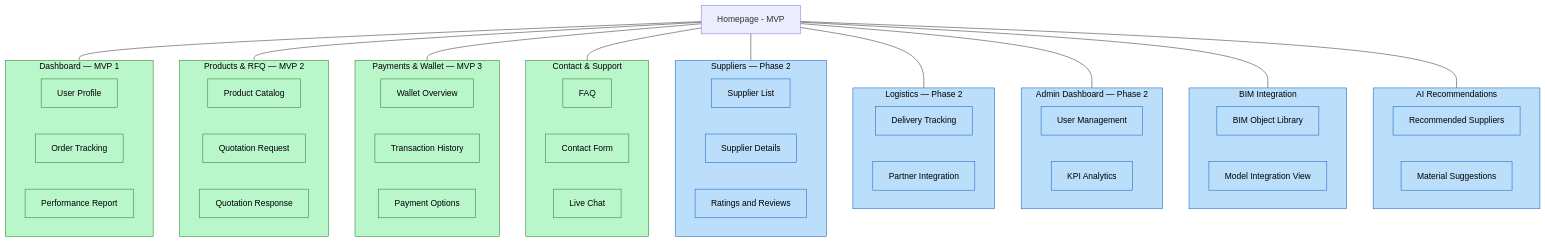
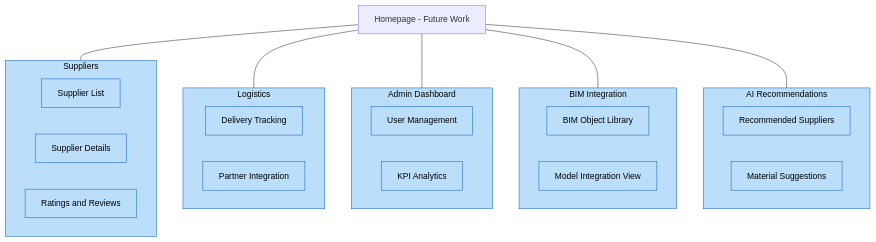
The second of 2 diagrams in README.md (Dopee0508/boombridge), drawn with Mermaid before and after one commit. The commit also changed other lines of this file, not shown here.

````diff
--- a/README.md
+++ b/README.md
@@ -101,46 +64,21 @@
 %% High = MVP (green) | Low = Future (blue)
 %% =========================
 
-A[Homepage - MVP]
+A[Homepage - Future Work]
 
-%% --- MVP (High) ---
-subgraph B[Dashboard — MVP 1]
-  B1[User Profile]
-  B2[Order Tracking]
-  B3[Performance Report]
-end
-
-subgraph C[Products & RFQ — MVP 2]
-  C1[Product Catalog]
-  C2[Quotation Request]
-  C3[Quotation Response]
-end
-
-subgraph D[Payments & Wallet — MVP 3]
-  D1[Wallet Overview]
-  D2[Transaction History]
-  D3[Payment Options]
-end
-
-subgraph E[Contact & Support]
-  E1[FAQ]
-  E2[Contact Form]
-  E3[Live Chat]
-end
-
-%% --- Phase 2 (Medium) ---
-subgraph F[Suppliers — Phase 2]
+%% --- Future Work (Medium) ---
+subgraph F[Suppliers]
   F1[Supplier List]
   F2[Supplier Details]
   F3[Ratings and Reviews]
 end
 
-subgraph G[Logistics — Phase 2]
+subgraph G[Logistics]
   G1[Delivery Tracking]
   G2[Partner Integration]
 end
 
-subgraph H[Admin Dashboard — Phase 2]
+subgraph H[Admin Dashboard]
   H1[User Management]
   H2[KPI Analytics]
 end
@@ -157,10 +95,6 @@
 end
 
 %% Top-level links from Homepage (kept light; subgraphs show containment)
-A --- B
-A --- C
-A --- D
-A --- E
 A --- F
 A --- G
 A --- H
@@ -171,13 +105,10 @@
 %% Color styles by priority
 %% =========================
 classDef high   fill:#b9f6ca,stroke:#2e7d32,stroke-width:1px,color:#000;
-classDef medium fill:#fff59d,stroke:#f9a825,stroke-width:1px,color:#000;
 classDef low    fill:#bbdefb,stroke:#1565c0,stroke-width:1px,color:#000;
 
 %% Apply to section headers (and their inner nodes for broader effect)
-class B,C,D,E high;
 class F,G,H,I,J low;
 
-class B1,B2,B3,C1,C2,C3,D1,D2,D3,E1,E2,E3 high;
 class F1,F2,F3,G1,G2,H1,H2,I1,I2,J1,J2 low;
 ```
````
